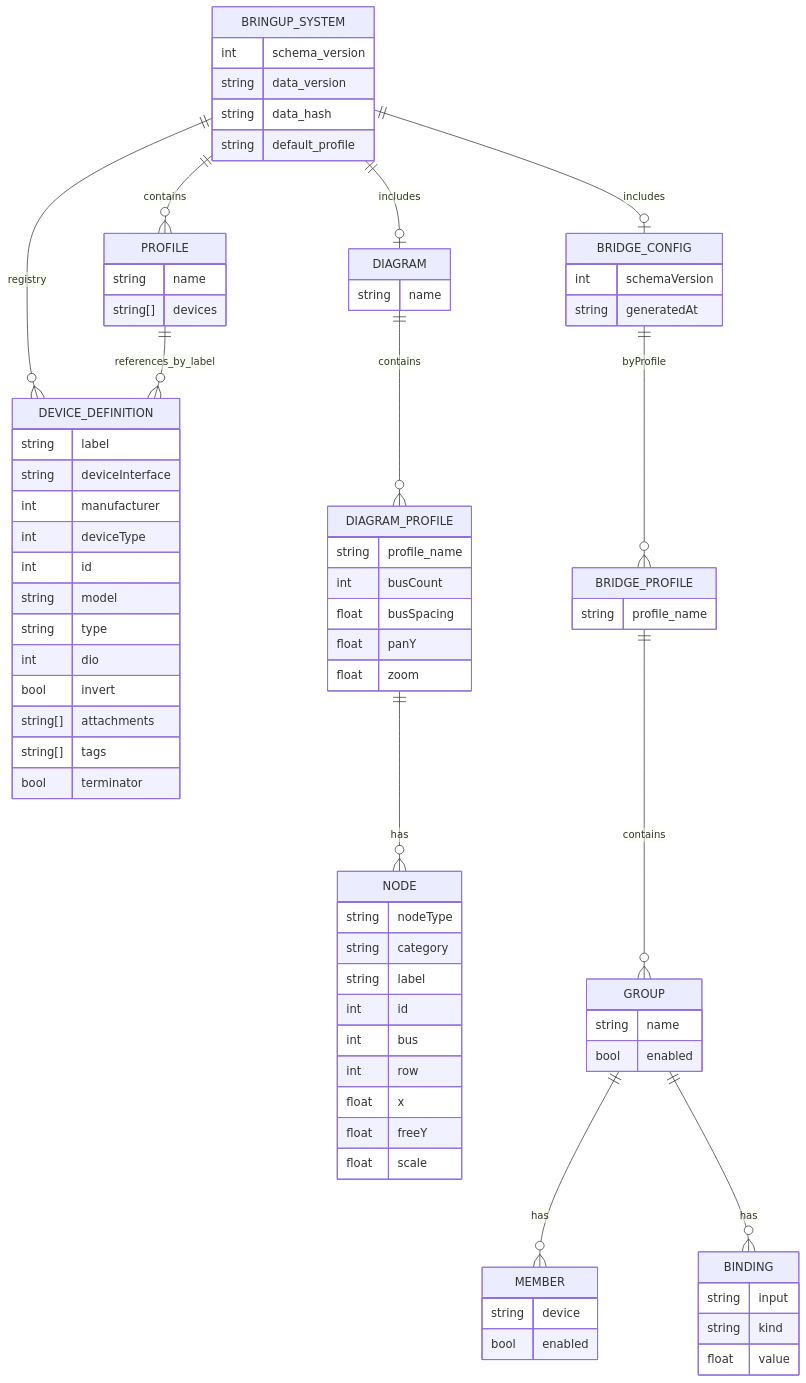
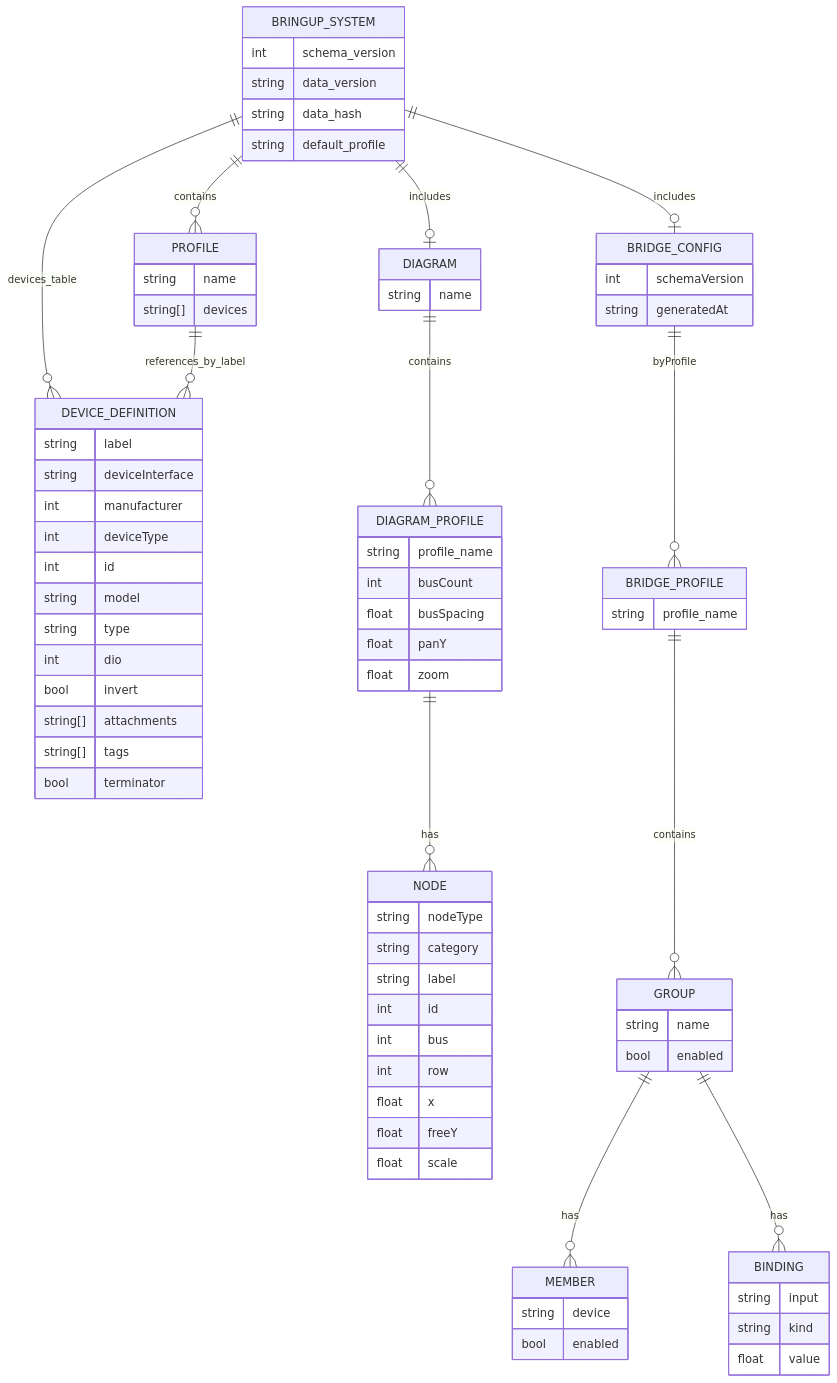
Before and after one commit to dmonachello/swerveBringupMotorTest1: the diagram in docs/bringup_profiles_schema_erd.md, drawn with Mermaid. The commit also changed other lines of this file and 55 other files, not shown here.

````diff
--- a/docs/bringup_profiles_schema_erd.md
+++ b/docs/bringup_profiles_schema_erd.md
@@ -5,7 +5,7 @@
 ```mermaid
 erDiagram
     BRINGUP_SYSTEM ||--o{ PROFILE : contains
-    BRINGUP_SYSTEM ||--o{ DEVICE_DEFINITION : registry
+    BRINGUP_SYSTEM ||--o{ DEVICE_DEFINITION : devices_table
     PROFILE ||--o{ DEVICE_DEFINITION : references_by_label
     BRINGUP_SYSTEM ||--o| DIAGRAM : includes
     DIAGRAM ||--o{ DIAGRAM_PROFILE : contains
````
